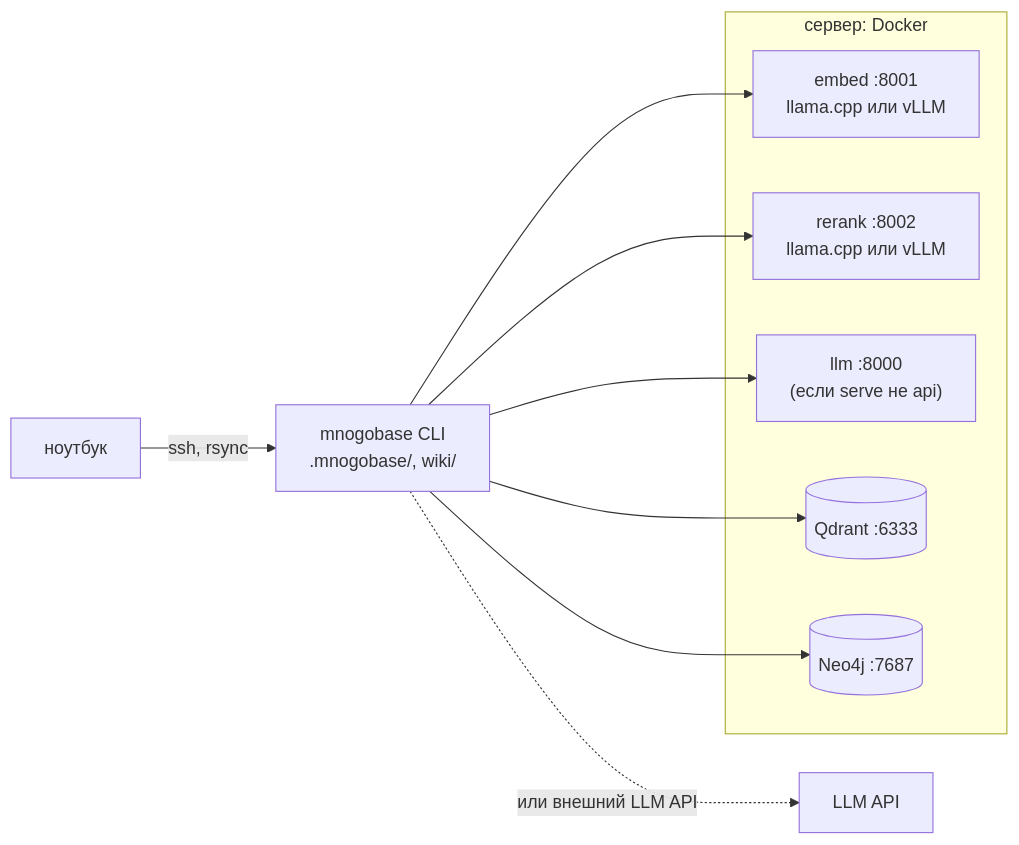
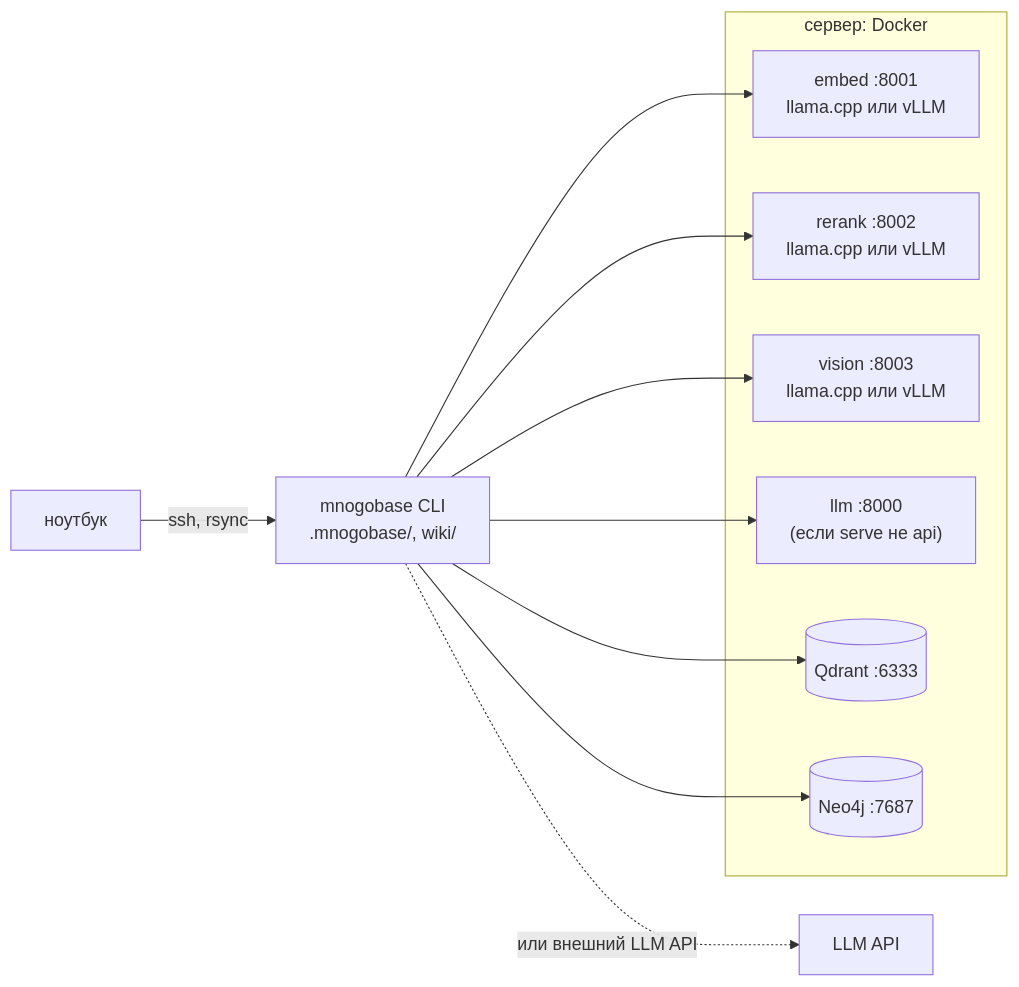
Diagram 11 of 11 in README.md (000p1umDiesel/Atlas), drawn with Mermaid before and after one commit. The commit also changed other lines of this file and 14 other files, not shown here.

````diff
--- a/README.md
+++ b/README.md
@@ -1342,14 +1390,15 @@
 ```mermaid
 flowchart LR
     LAP["ноутбук"] -- "ssh, rsync" --> CLI["mnogobase CLI<br/>.mnogobase/, wiki/"]
     subgraph SRV["сервер: Docker"]
         EMB["embed :8001<br/>llama.cpp или vLLM"]
         RR["rerank :8002<br/>llama.cpp или vLLM"]
+        VL["vision :8003<br/>llama.cpp или vLLM"]
         LLM["llm :8000<br/>(если serve не api)"]
         QD[("Qdrant :6333")]
         NEO[("Neo4j :7687")]
     end
-    CLI --> EMB & RR & QD & NEO
+    CLI --> EMB & RR & VL & QD & NEO
     CLI --> LLM
     CLI -. "или внешний LLM API" .-> API["LLM API"]
 ```
````
